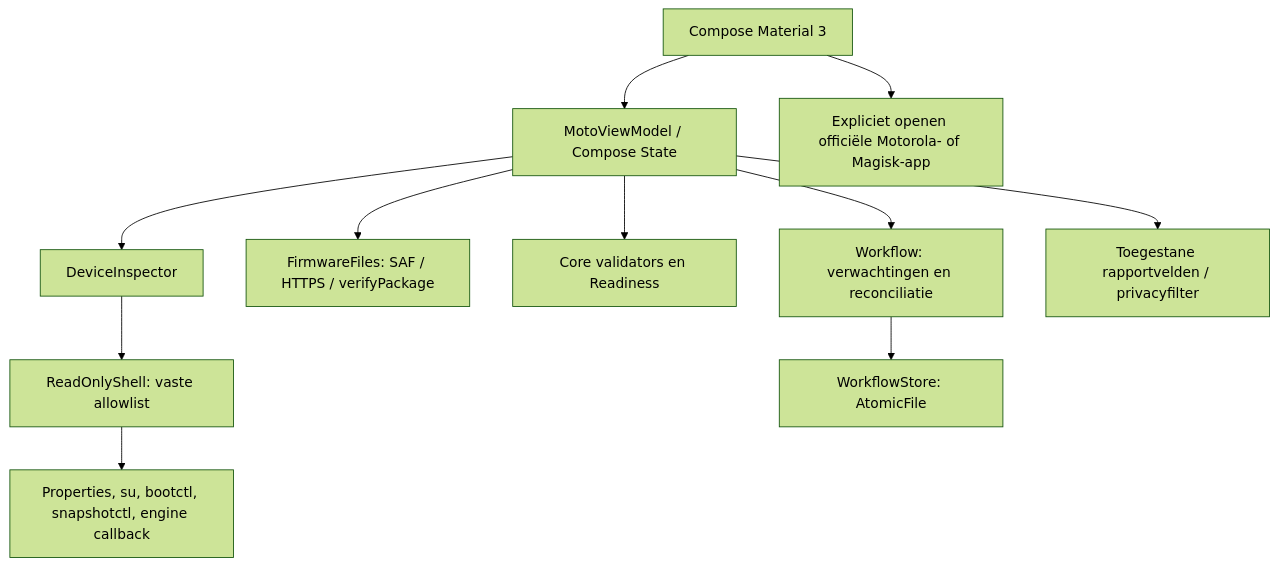
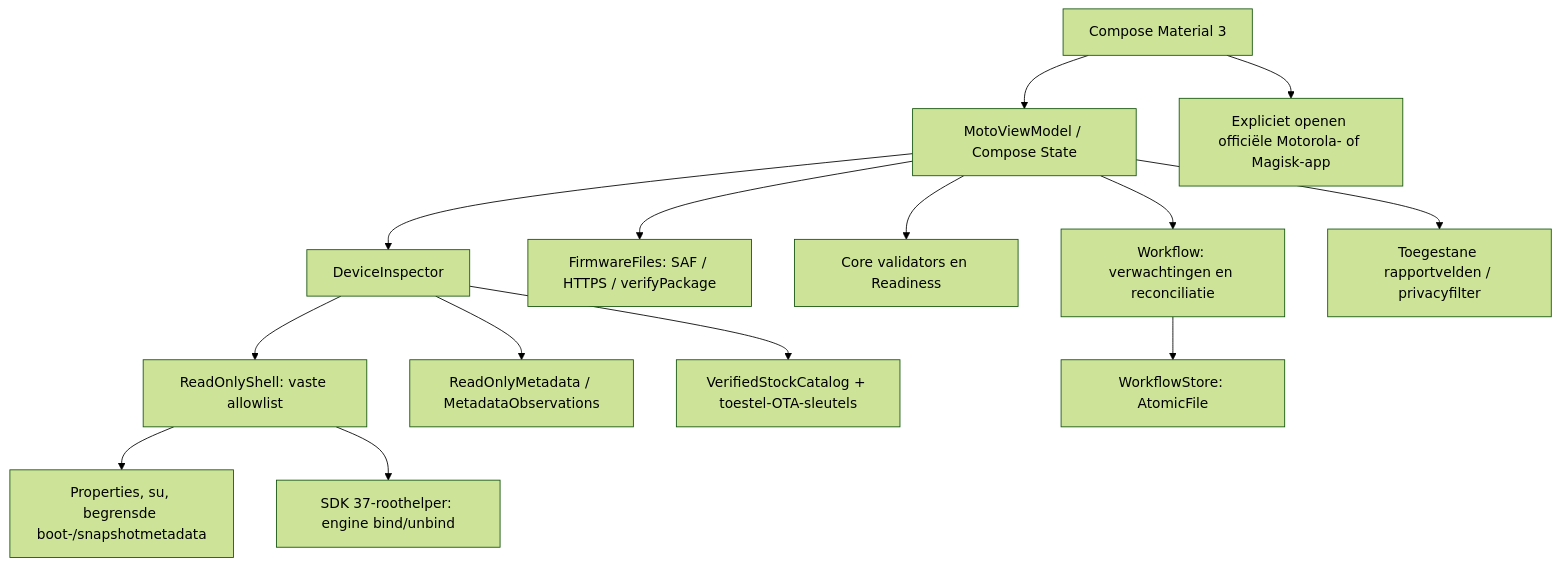
The diagram in docs/ARCHITECTURE.md (JustMLC4real/moto-ota-manager), drawn with Mermaid (forest theme) before and after one commit. The commit also changed other lines of this file and 88 other files, not shown here.

Commit message:
Validate physical Edge 70 Pro and repair read-only OTA diagnostics

````diff
--- a/docs/ARCHITECTURE.md
+++ b/docs/ARCHITECTURE.md
@@ -7,13 +7,16 @@
 ```mermaid
 flowchart TD
     UI[Compose Material 3] --> VM[MotoViewModel / Compose State]
     VM --> DI[DeviceInspector]
     DI --> SH[ReadOnlyShell: vaste allowlist]
-    SH --> OS[Properties, su, bootctl, snapshotctl, engine callback]
+    SH --> OS[Properties, su, begrensde boot-/snapshotmetadata]
+    SH --> RP[SDK 37-roothelper: engine bind/unbind]
+    DI --> MD[ReadOnlyMetadata / MetadataObservations]
+    DI --> SC[VerifiedStockCatalog + toestel-OTA-sleutels]
     VM --> FF[FirmwareFiles: SAF / HTTPS / verifyPackage]
     VM --> CORE[Core validators en Readiness]
     VM --> WF[Workflow: verwachtingen en reconciliatie]
     WF --> STORE[WorkflowStore: AtomicFile]
     VM --> EXPORT[Toegestane rapportvelden / privacyfilter]
     UI --> APPS[Expliciet openen officiële Motorola- of Magisk-app]
 ```
````
